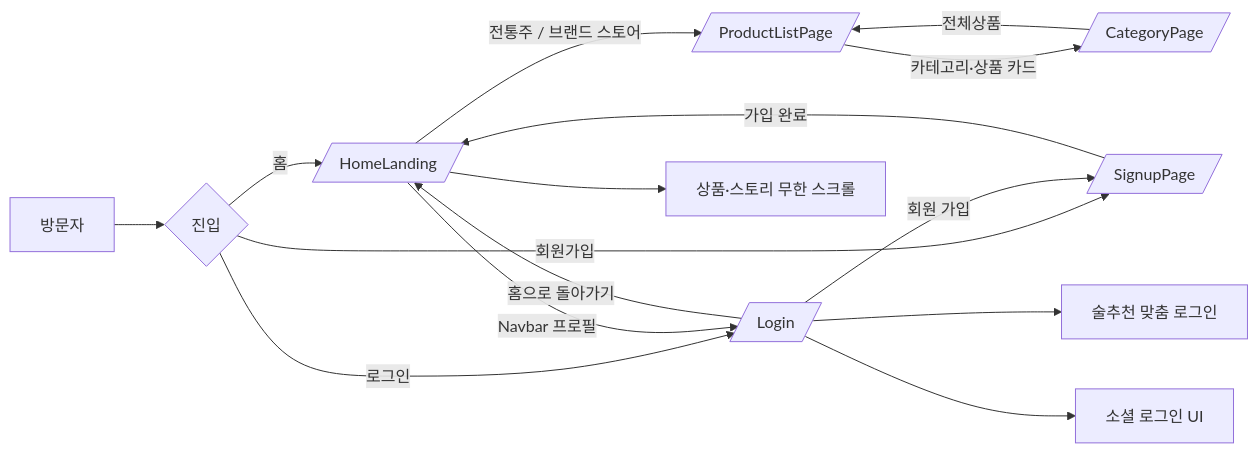
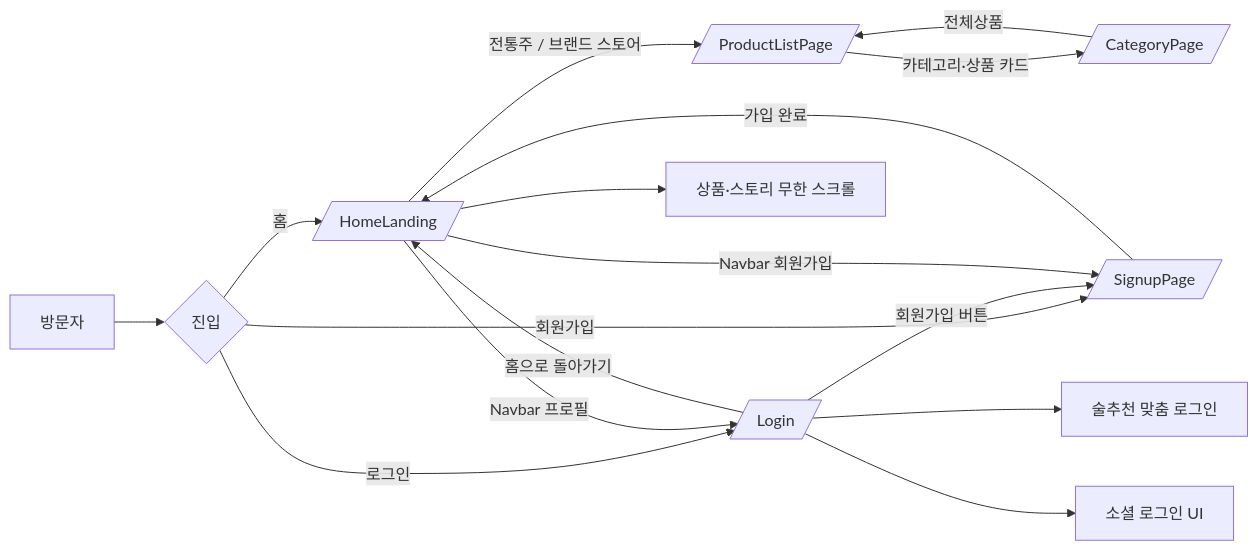
One commit to zyansuh/bitdam changed the first of 3 diagrams in README.md. Above: the diagram before and after it, drawn with Mermaid. The commit also changed other lines of this file, not shown here.

Commit message:
docs(readme): document signup entry points
- Why: Signup is reachable from login, navbar, and catalog headers after the nav fix.
- What: Update the user flow diagram and changelog.
- Affected: README.md

````diff
--- a/README.md
+++ b/README.md
@@ -81,17 +81,18 @@
 ```mermaid
 flowchart LR
     A[방문자] --> B{진입}
     B -->|홈| C[/ HomeLanding /]
     B -->|로그인| D[/ Login /]
     B -->|회원가입| S[/ SignupPage /]
-    D -->|회원 가입| S
+    D -->|회원가입 버튼| S
+    C -->|Navbar 회원가입| S
     S -->|가입 완료| C
     C -->|전통주 / 브랜드 스토어| H[/ ProductListPage /]
     C -->|Navbar 프로필| D
     H -->|카테고리·상품 카드| I[/ CategoryPage /]
     I -->|전체상품| H
     D -->|홈으로 돌아가기| C
     C --> E[상품·스토리 무한 스크롤]
     D --> F[술추천 맞춤 로그인]
     D --> G[소셜 로그인 UI]
 ```
````
